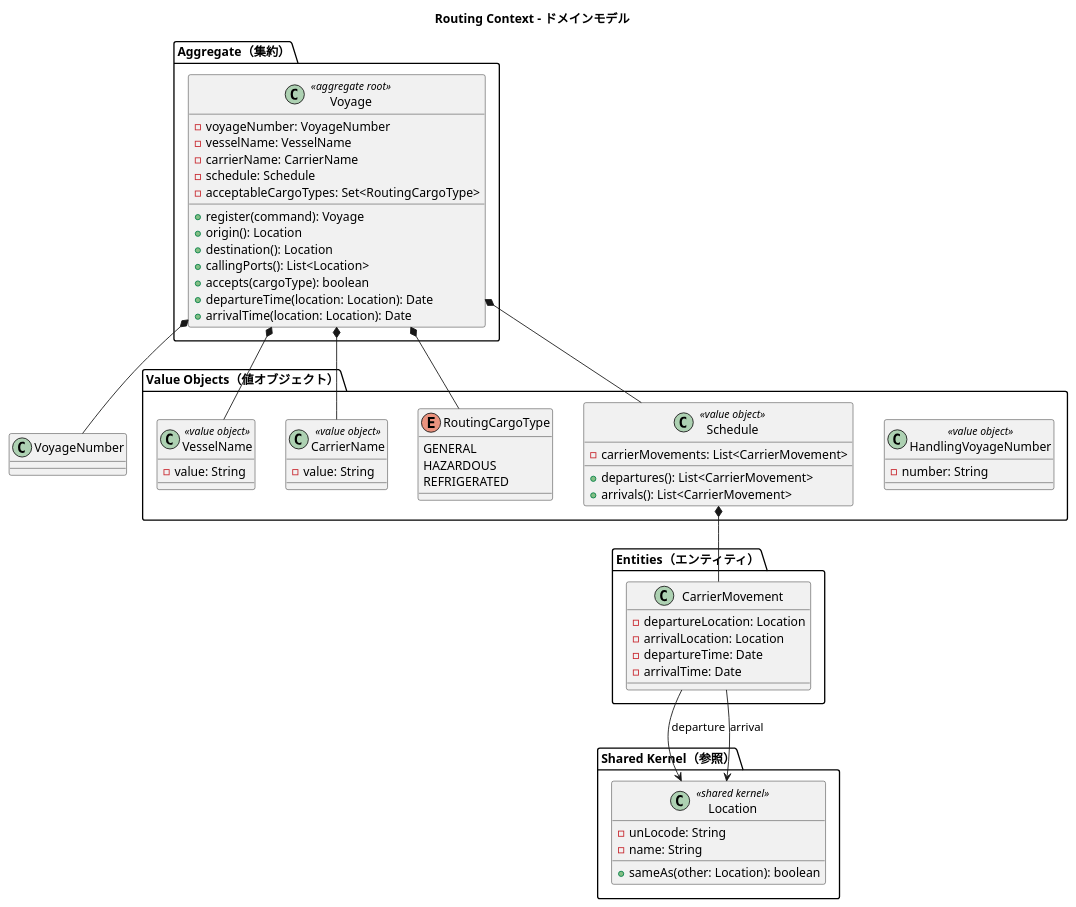
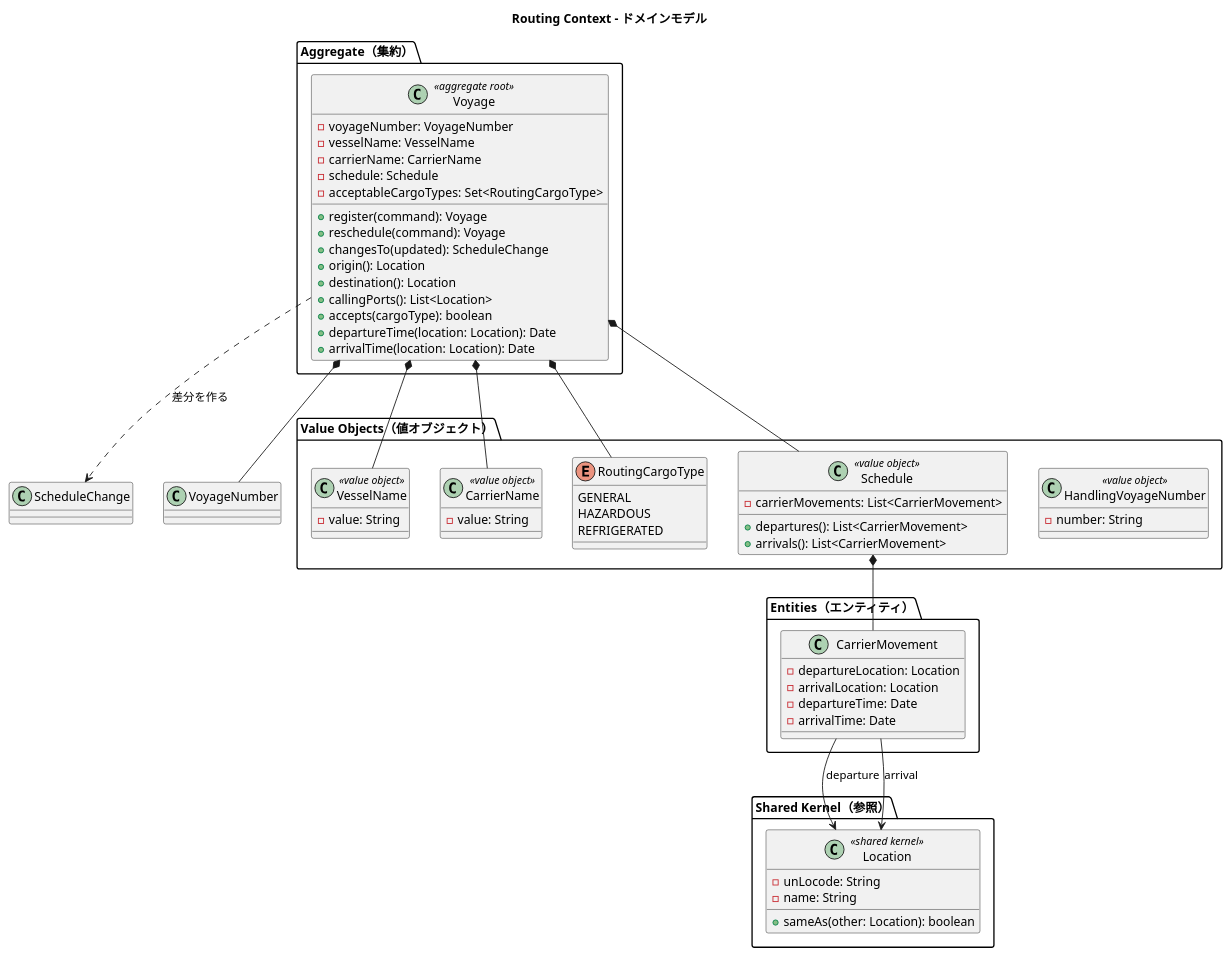
Before and after one commit to k2works/case-study-cargo-tracker: the fifth of 11 diagrams in docs/design/domain-model.md, drawn with PlantUML. The commit also changed other lines of this file and 6 other files, not shown here.

````diff
--- a/docs/design/domain-model.md
+++ b/docs/design/domain-model.md
@@ -578,71 +579,74 @@
 ```plantuml
 @startuml
 title Routing Context - ドメインモデル
 
 package "Aggregate（集約）" {
   class Voyage <<aggregate root>> {
     -voyageNumber: VoyageNumber
     -vesselName: VesselName
     -carrierName: CarrierName
     -schedule: Schedule
     -acceptableCargoTypes: Set<RoutingCargoType>
     +register(command): Voyage
+    +reschedule(command): Voyage
+    +changesTo(updated): ScheduleChange
     +origin(): Location
     +destination(): Location
     +callingPorts(): List<Location>
     +accepts(cargoType): boolean
     +departureTime(location: Location): Date
     +arrivalTime(location: Location): Date
   }
 }
 
 package "Value Objects（値オブジェクト）" {
   class HandlingVoyageNumber <<value object>> {
     -number: String
   }
   class VesselName <<value object>> {
     -value: String
   }
   class CarrierName <<value object>> {
     -value: String
   }
   enum RoutingCargoType {
     GENERAL
     HAZARDOUS
     REFRIGERATED
   }
   class Schedule <<value object>> {
     -carrierMovements: List<CarrierMovement>
     +departures(): List<CarrierMovement>
     +arrivals(): List<CarrierMovement>
   }
 }
 
 package "Entities（エンティティ）" {
   class CarrierMovement {
     -departureLocation: Location
     -arrivalLocation: Location
     -departureTime: Date
     -arrivalTime: Date
   }
 }
 
 package "Shared Kernel（参照）" {
   class Location <<shared kernel>> {
     -unLocode: String
     -name: String
     +sameAs(other: Location): boolean
   }
 }
 
+Voyage ..> ScheduleChange : 差分を作る
 Voyage *-- VoyageNumber
 Voyage *-- VesselName
 Voyage *-- CarrierName
 Voyage *-- RoutingCargoType
 Voyage *-- Schedule
 Schedule *-- CarrierMovement
 CarrierMovement --> Location : departure
 CarrierMovement --> Location : arrival
 
 @enduml
 ```
````
